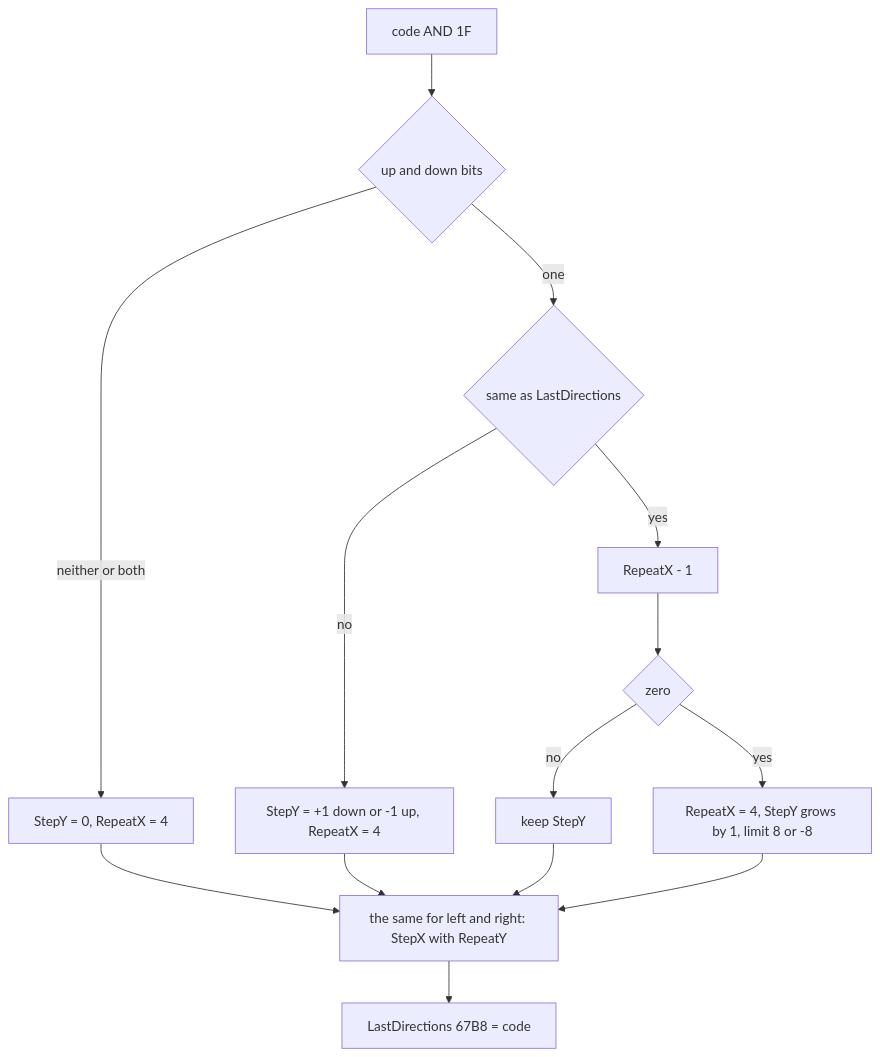
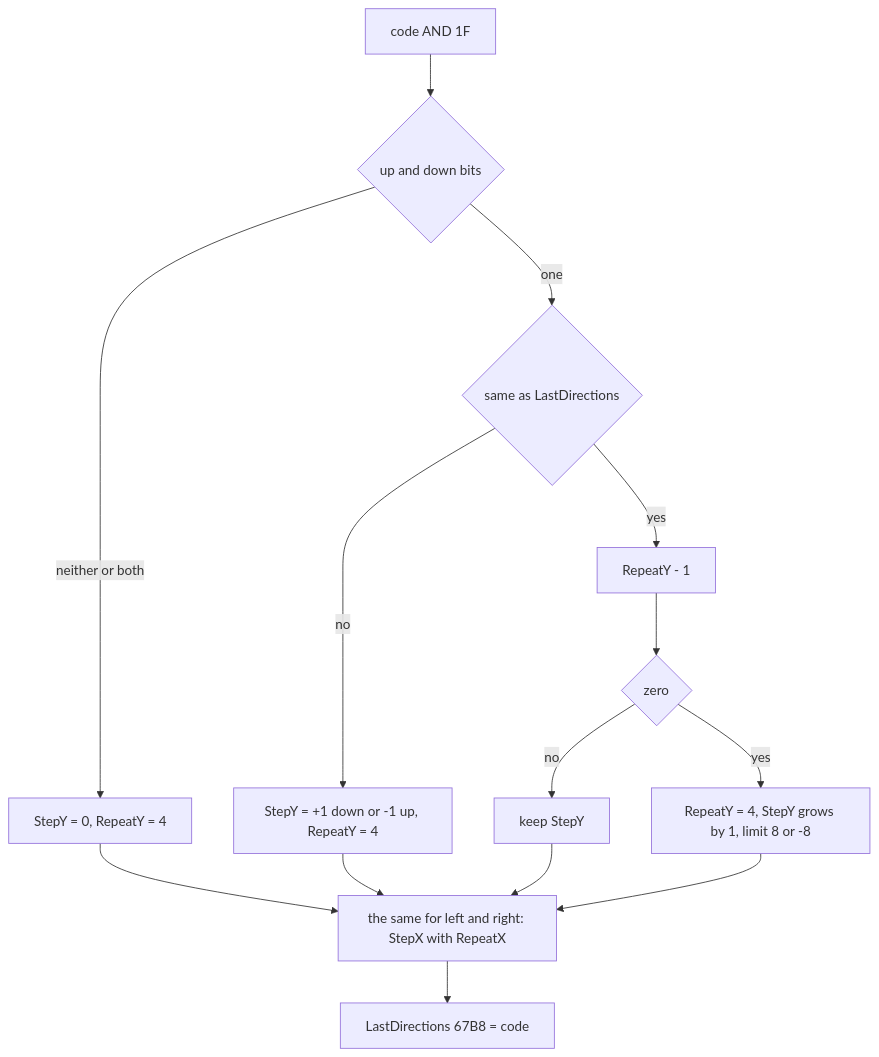
The third of 11 diagrams in games/battle-command/docs/05-controls.md (alfishe/unrealng-reverse-cases), drawn with Mermaid before and after one commit. The commit also changed other lines of this file and 105 other files, not shown here.

````diff
--- a/games/battle-command/docs/05-controls.md
+++ b/games/battle-command/docs/05-controls.md
@@ -261,16 +261,16 @@
 ```mermaid
 flowchart TD
   A["code AND 1F"] --> B{"up and down bits"}
-  B -->|"neither or both"| Z["StepY = 0, RepeatX = 4"]
+  B -->|"neither or both"| Z["StepY = 0, RepeatY = 4"]
   B -->|one| C{"same as LastDirections"}
-  C -->|no| N["StepY = +1 down or -1 up, RepeatX = 4"]
-  C -->|yes| R["RepeatX - 1"]
+  C -->|no| N["StepY = +1 down or -1 up, RepeatY = 4"]
+  C -->|yes| R["RepeatY - 1"]
   R --> R0{"zero"}
   R0 -->|no| X["keep StepY"]
-  R0 -->|yes| G["RepeatX = 4, StepY grows by 1, limit 8 or -8"]
-  Z --> H["the same for left and right: StepX with RepeatY"]
+  R0 -->|yes| G["RepeatY = 4, StepY grows by 1, limit 8 or -8"]
+  Z --> H["the same for left and right: StepX with RepeatX"]
   N --> H
   X --> H
   G --> H
   H --> L["LastDirections 67B8 = code"]
 ```
````
